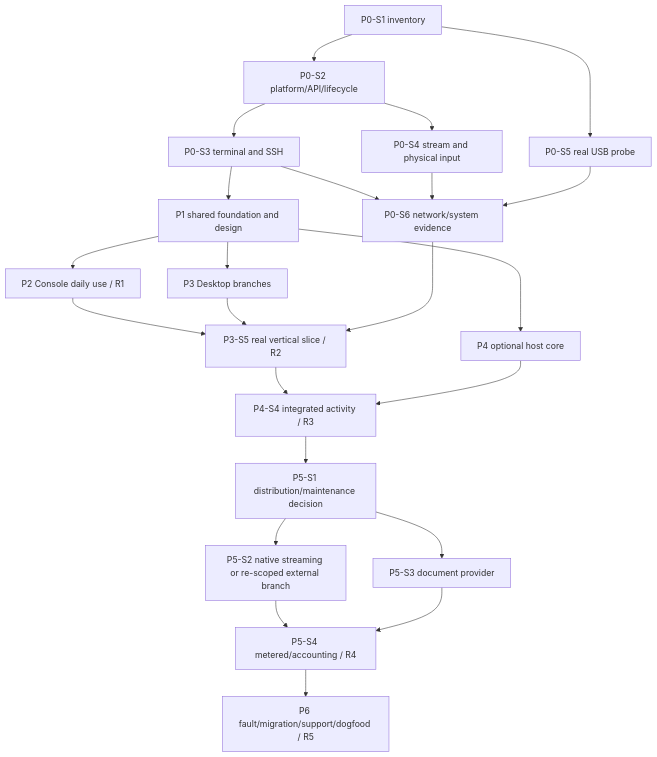
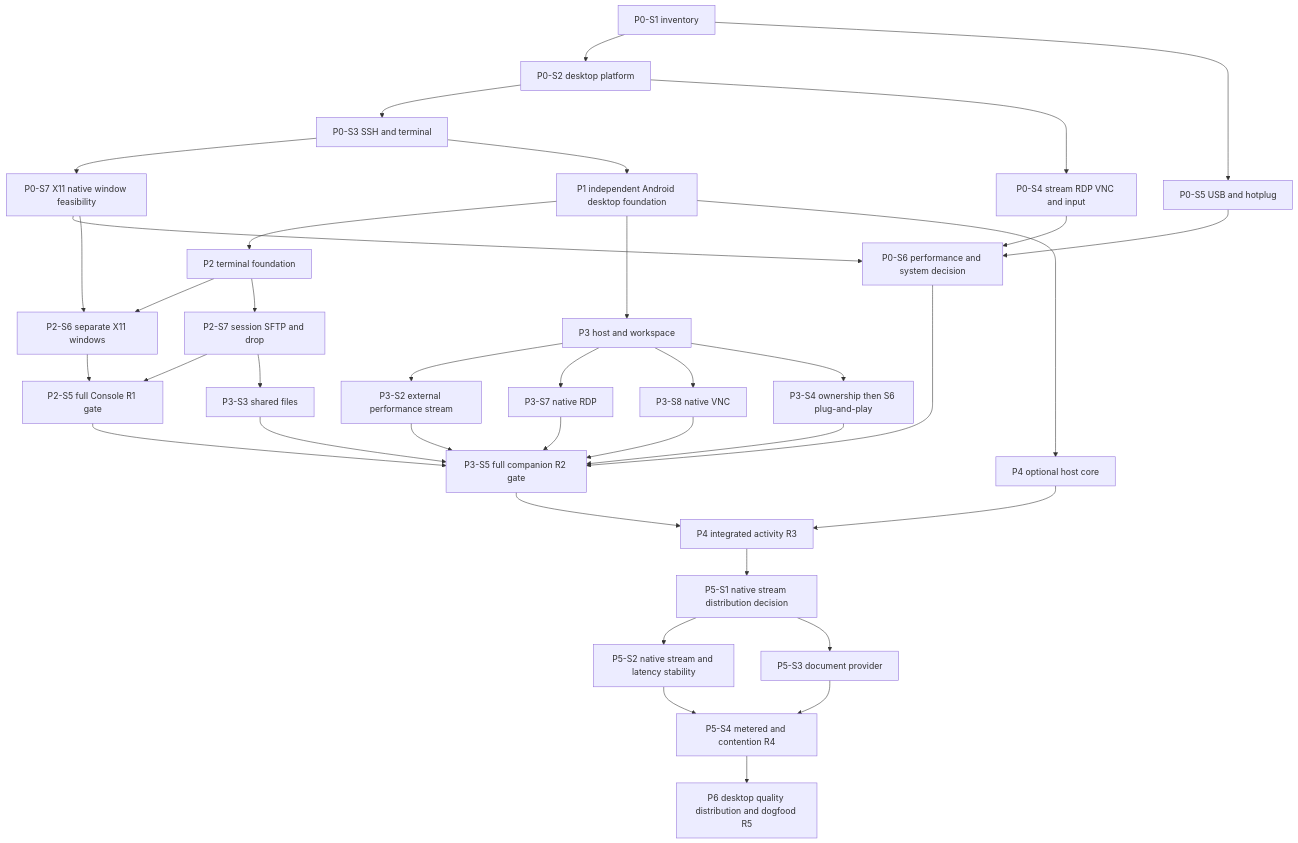
Before and after one commit to BaiTian6641/Cloudy-Workspace: the diagram in docs/05-delivery/roadmap.md, drawn with Mermaid. The commit also changed other lines of this file and 70 other files, not shown here.

````diff
--- a/docs/05-delivery/roadmap.md
+++ b/docs/05-delivery/roadmap.md
@@ -24,25 +24,40 @@
 ```mermaid
 flowchart TD
-  I[P0-S1 inventory] --> A[P0-S2 platform/API/lifecycle]
-  A --> T[P0-S3 terminal and SSH]
-  A --> V[P0-S4 stream and physical input]
-  I --> U[P0-S5 real USB probe]
-  T --> F[P1 shared foundation and design]
-  T --> N[P0-S6 network/system evidence]
+  I[P0-S1 inventory] --> A[P0-S2 desktop platform]
+  A --> T[P0-S3 SSH and terminal]
+  T --> X[P0-S7 X11 native window feasibility]
+  A --> V[P0-S4 stream RDP VNC and input]
+  I --> U[P0-S5 USB and hotplug]
+  T --> F[P1 independent Android desktop foundation]
+  X --> N[P0-S6 performance and system decision]
   V --> N
   U --> N
-  F --> C[P2 Console daily use / R1]
-  F --> D[P3 Desktop branches]
-  C --> S[P3-S5 real vertical slice / R2]
-  D --> S
-  N --> S
+  F --> C[P2 terminal foundation]
+  C --> CX[P2-S6 separate X11 windows]
+  X --> CX
+  C --> CF[P2-S7 session SFTP and drop]
+  CX --> CG[P2-S5 full Console R1 gate]
+  CF --> CG
+  F --> D[P3 host and workspace]
+  D --> DL[P3-S2 external performance stream]
+  D --> DR[P3-S7 native RDP]
+  D --> DV[P3-S8 native VNC]
+  D --> DU[P3-S4 ownership then S6 plug-and-play]
+  CF --> DF[P3-S3 shared files]
+  CG --> DG[P3-S5 full companion R2 gate]
+  DL --> DG
+  DR --> DG
+  DV --> DG
+  DU --> DG
+  DF --> DG
+  N --> DG
   F --> H[P4 optional host core]
-  S --> E[P4-S4 integrated activity / R3]
+  DG --> E[P4 integrated activity R3]
   H --> E
-  E --> L[P5-S1 distribution/maintenance decision]
-  L --> M[P5-S2 native streaming or re-scoped external branch]
+  E --> L[P5-S1 native stream distribution decision]
+  L --> M[P5-S2 native stream and latency stability]
   L --> P[P5-S3 document provider]
-  M --> B[P5-S4 metered/accounting / R4]
+  M --> B[P5-S4 metered and contention R4]
   P --> B
-  B --> R[P6 fault/migration/support/dogfood / R5]
+  B --> R[P6 desktop quality distribution and dogfood R5]
 ```
````
